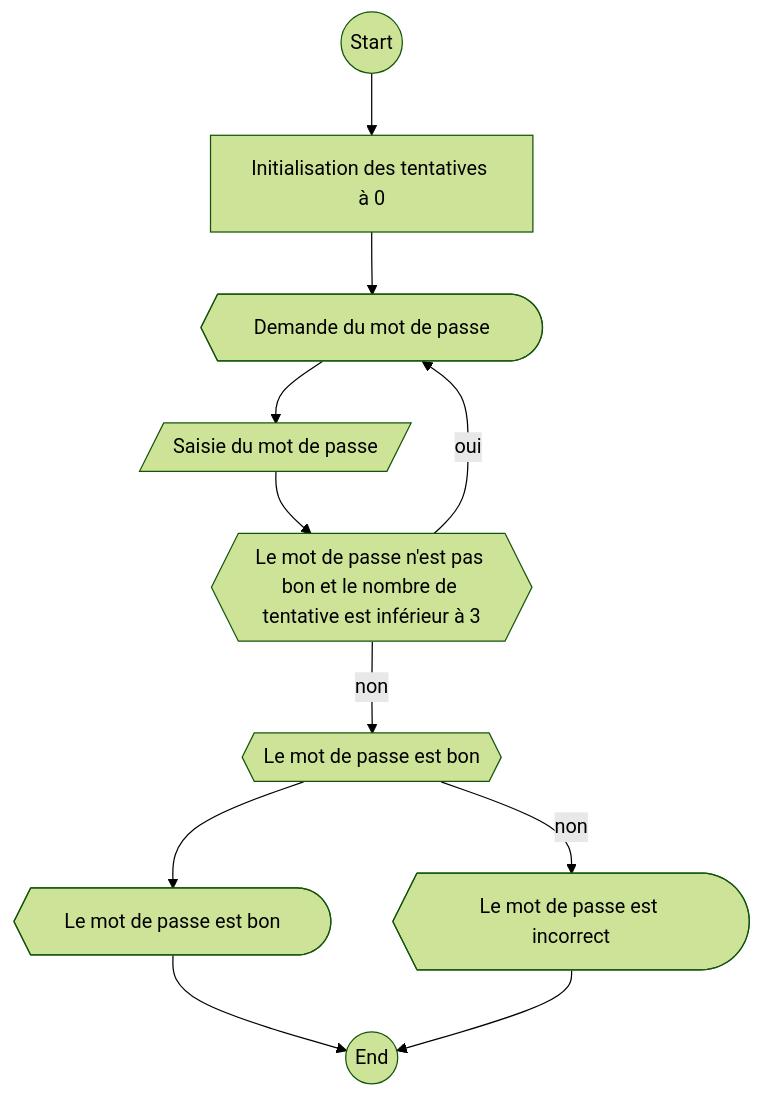
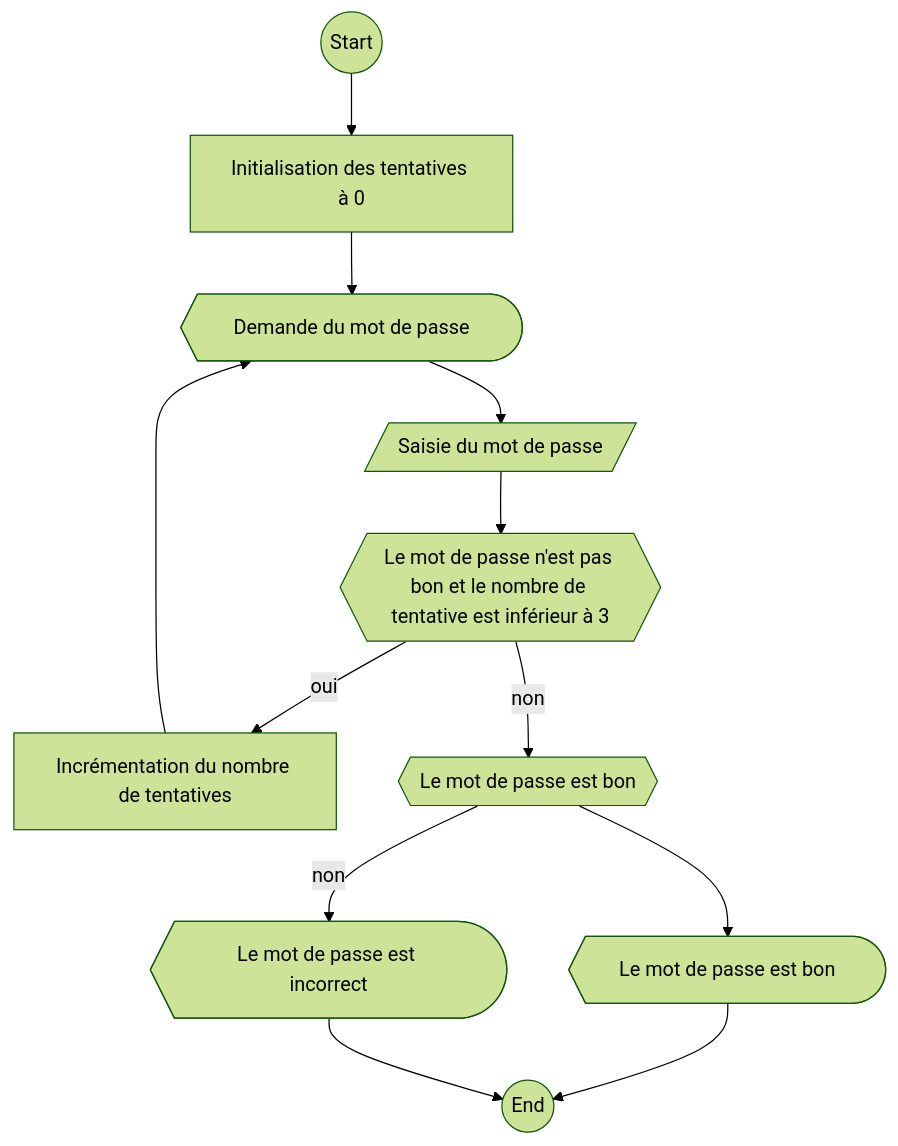
The tenth of 12 diagrams in Team Panoptes Classes/UML/Diagramme de flux.md (Team-Panoptes/classes), drawn with Mermaid (forest theme) before and after one commit. The commit also changed other lines of this file, not shown here.

Commit message:
Diagramme de flux: done

````diff
--- a/Team Panoptes Classes/UML/Diagramme de flux.md
+++ b/Team Panoptes Classes/UML/Diagramme de flux.md
@@ -165,11 +165,11 @@
 ```mermaid
 flowchart TB
 
 S((Start)) --> SetTentative[Initialisation des tentatives à 0]
 SetTentative --> AskPassword@{ shape: curv-trap, label: "Demande du mot de passe" }
 AskPassword --> GetPassword[/Saisie du mot de passe/]
 GetPassword --> TestPassword{{Le mot de passe n'est pas bon et le nombre de tentative est inférieur à 3}}
-TestPassword -- oui --> AskPassword
+TestPassword -- oui --> AddTentative[Incrémentation du nombre de tentatives]--> AskPassword
 TestPassword -- non --> TestPassword2{{Le mot de passe est bon}} --> A@{ shape: curv-trap, label: "Le mot de passe est bon" } --> E((End))
 TestPassword2 -- non --> B@{ shape: curv-trap, label: "Le mot de passe est incorrect" } --> E
 ```
````
